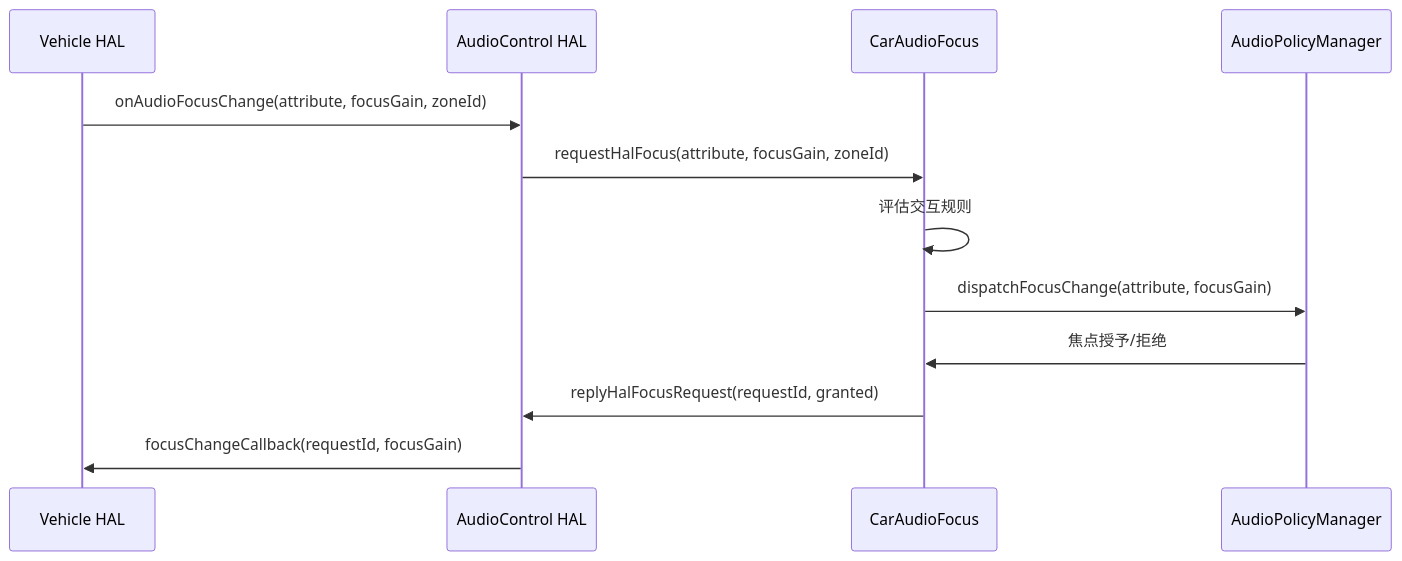
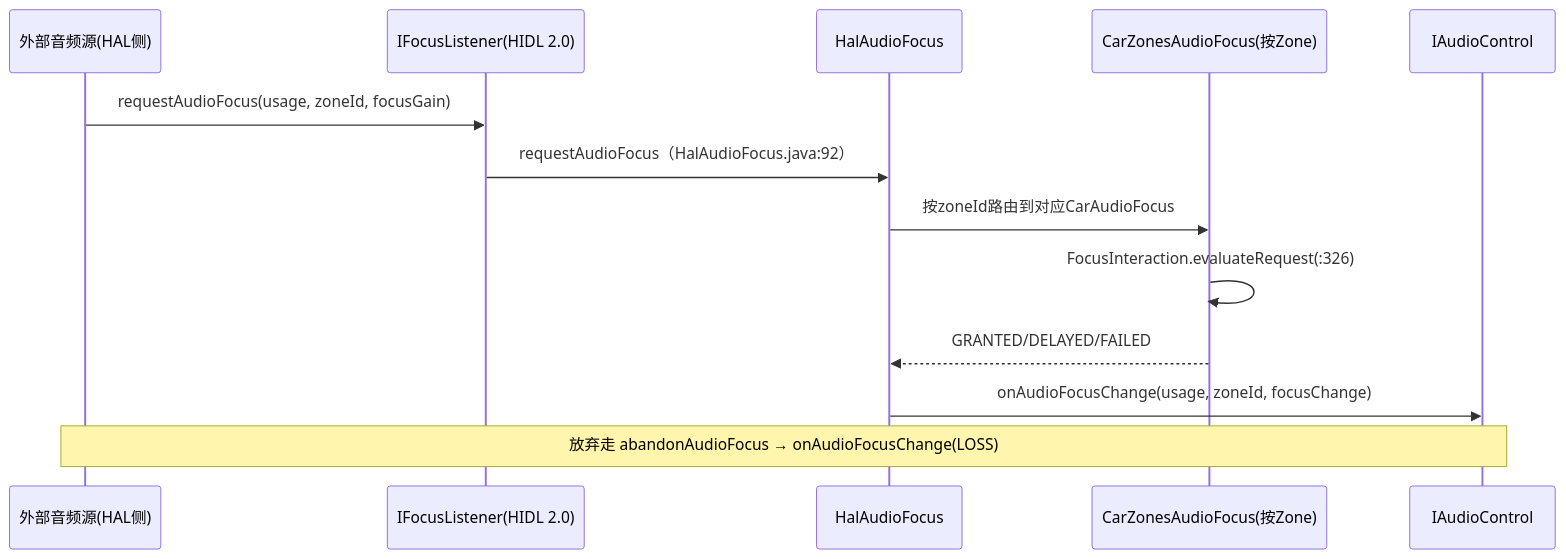
The third of 4 diagrams in 17_Debug_and_OEM_Guide/17_17.8_AAOS_CarAudio调试.md (yanglinzhen1022/SA8295_AAOS_QNX_Audio_KnowledgeBase), drawn with Mermaid before and after one commit. The commit also changed other lines of this file and 12 other files, not shown here.

````diff
--- a/17_Debug_and_OEM_Guide/17_17.8_AAOS_CarAudio调试.md
+++ b/17_Debug_and_OEM_Guide/17_17.8_AAOS_CarAudio调试.md
@@ -213,15 +209,16 @@
 ```mermaid
 sequenceDiagram
-    participant VHAL as Vehicle HAL
-    participant AC as AudioControl HAL
-    participant CAF as CarAudioFocus
-    participant APM as AudioPolicyManager
-    
-    VHAL->>AC: onAudioFocusChange(attribute, focusGain, zoneId)
-    AC->>CAF: requestHalFocus(attribute, focusGain, zoneId)
-    CAF->>CAF: 评估交互规则
-    CAF->>APM: dispatchFocusChange(attribute, focusGain)
-    APM->>CAF: 焦点授予/拒绝
-    CAF->>AC: replyHalFocusRequest(requestId, granted)
-    AC->>VHAL: focusChangeCallback(requestId, focusGain)
+    participant HAL as 外部音频源(HAL侧)
+    participant FL as IFocusListener(HIDL 2.0)
+    participant HAF as HalAudioFocus
+    participant CZAF as CarZonesAudioFocus(按Zone)
+    participant AC as IAudioControl
+
+    HAL->>FL: requestAudioFocus(usage, zoneId, focusGain)
+    FL->>HAF: requestAudioFocus（HalAudioFocus.java:92）
+    HAF->>CZAF: 按zoneId路由到对应CarAudioFocus
+    CZAF->>CZAF: FocusInteraction.evaluateRequest(:326)
+    CZAF-->>HAF: GRANTED/DELAYED/FAILED
+    HAF->>AC: onAudioFocusChange(usage, zoneId, focusChange)
+    Note over HAL,AC: 放弃走 abandonAudioFocus → onAudioFocusChange(LOSS)
 ```
````
